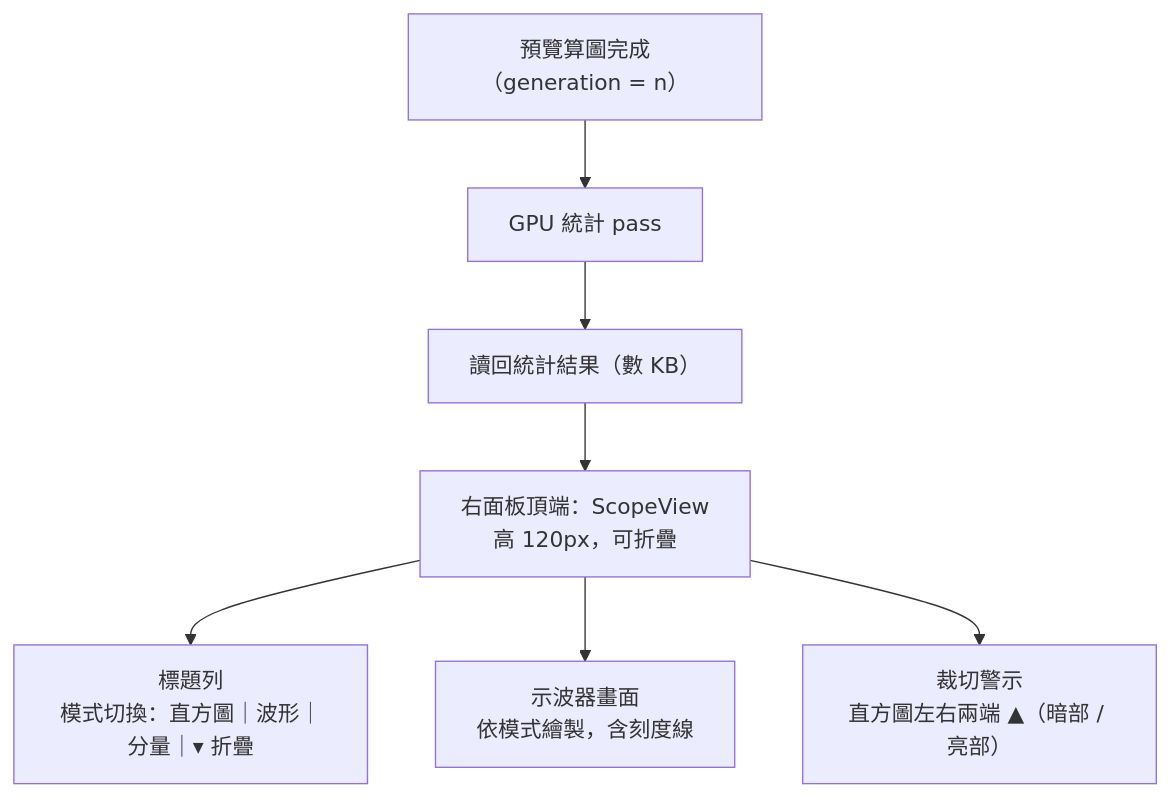
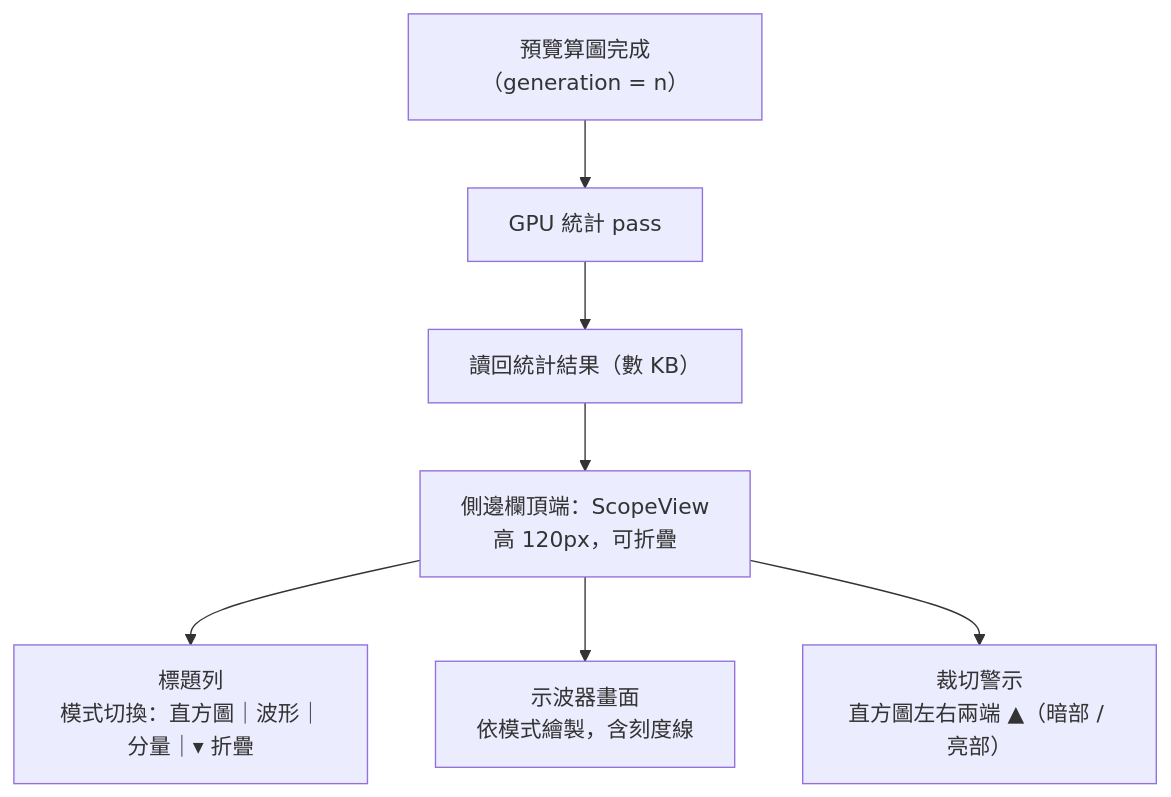
Before and after one commit to minexo79/FilmBatch: the fifth of 24 diagrams in plan.md, drawn with Mermaid. The commit also changed other lines of this file, not shown here.

````diff
--- a/plan.md
+++ b/plan.md
@@ -332,7 +383,7 @@
 ```mermaid
 flowchart TB
-    SP["右面板頂端：ScopeView<br/>高 120px，可折疊"] --> HD["標題列<br/>模式切換：直方圖｜波形｜分量｜▾ 折疊"]
+    SP["側邊欄頂端：ScopeView<br/>高 120px，可折疊"] --> HD["標題列<br/>模式切換：直方圖｜波形｜分量｜▾ 折疊"]
     SP --> CV["示波器畫面<br/>依模式繪製，含刻度線"]
     SP --> CL["裁切警示<br/>直方圖左右兩端 ▲（暗部 / 亮部）"]
     PV["預覽算圖完成（generation = n）"] --> ST["GPU 統計 pass"] --> RB["讀回統計結果（數 KB）"] --> SP
 ```
````
